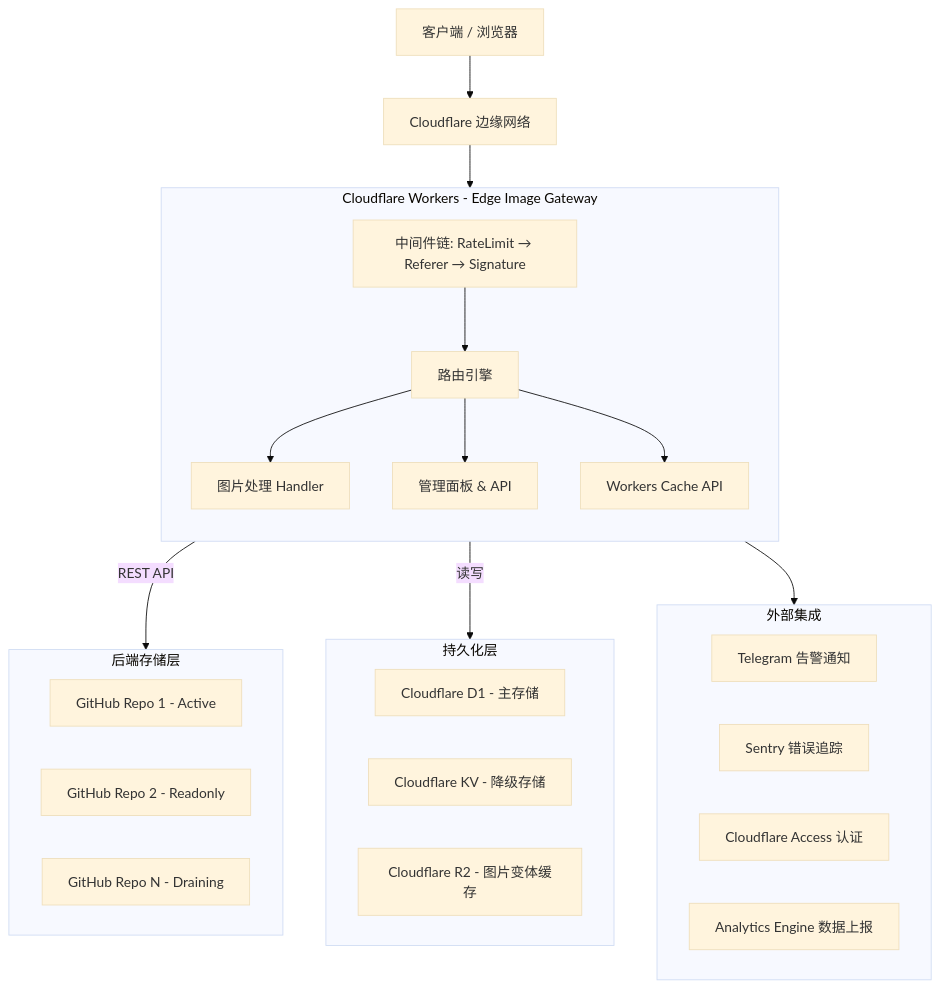
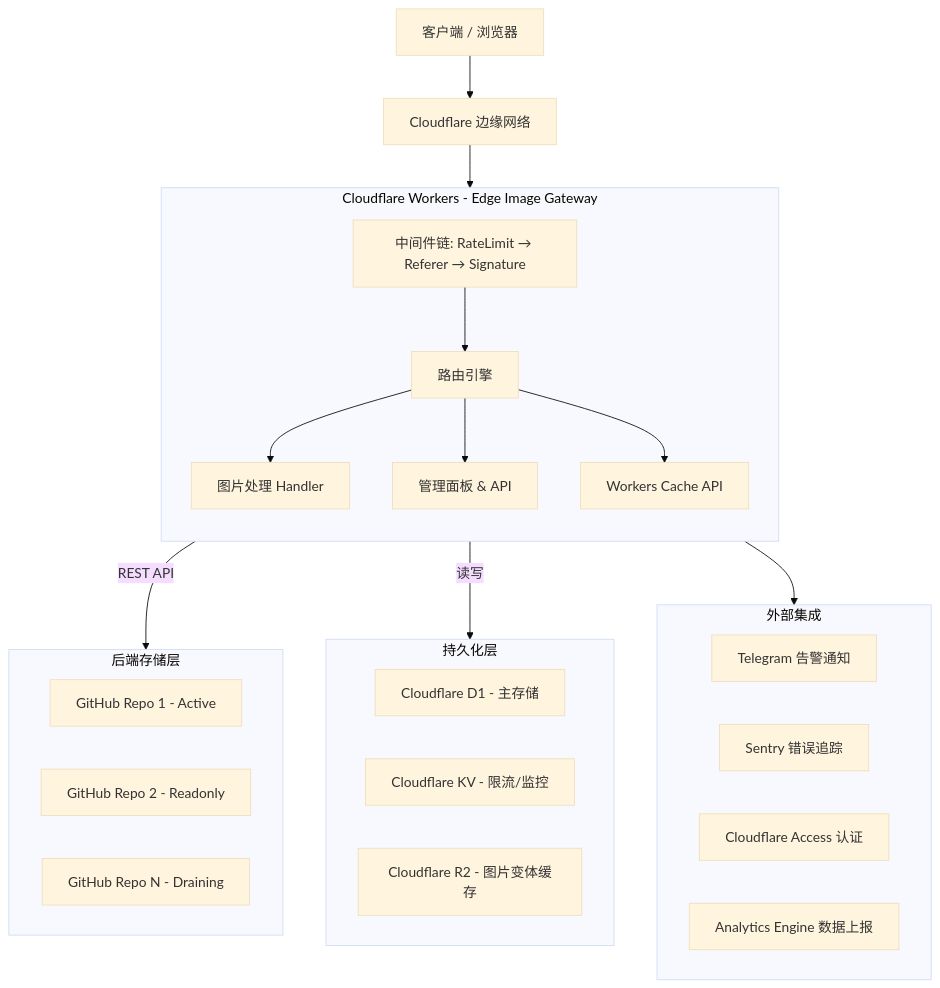
One commit to ID-VerNe/edge-image-gateway changed the diagram in docs/architecture/overview.md. Above: the diagram before and after it, drawn with Mermaid (base theme). The commit also changed other lines of this file and 11 other files, not shown here.

First line of the commit message:
docs: sync documentation to reflect D1-primary architecture

````diff
--- a/docs/architecture/overview.md
+++ b/docs/architecture/overview.md
@@ -13,38 +13,38 @@
 ```mermaid
 graph TD
     Client[客户端 / 浏览器] --> CF_Edge[Cloudflare 边缘网络]
 
     subgraph CF_Workers [Cloudflare Workers - Edge Image Gateway]
         direction TB
         MW[中间件链: RateLimit → Referer → Signature] --> Router[路由引擎]
         Router --> ImageHandler[图片处理 Handler]
         Router --> AdminPanel[管理面板 & API]
         Router --> Cache[Workers Cache API]
     end
 
     CF_Edge --> CF_Workers
 
     subgraph Storage [后端存储层]
         Repo1[GitHub Repo 1 - Active]
         Repo2[GitHub Repo 2 - Readonly]
         RepoN[GitHub Repo N - Draining]
     end
 
     subgraph Persistence [持久化层]
         D1[Cloudflare D1 - 主存储]
-        KV[Cloudflare KV - 降级存储]
+        KV[Cloudflare KV - 限流/监控]
         R2[Cloudflare R2 - 图片变体缓存]
     end
 
     CF_Workers -- REST API --> Storage
     CF_Workers -- 读写 --> Persistence
 
     subgraph External [外部集成]
         TG[Telegram 告警通知]
         Sentry[Sentry 错误追踪]
         CF_Access[Cloudflare Access 认证]
         AE[Analytics Engine 数据上报]
     end
 
     CF_Workers --> External
 ```
````
